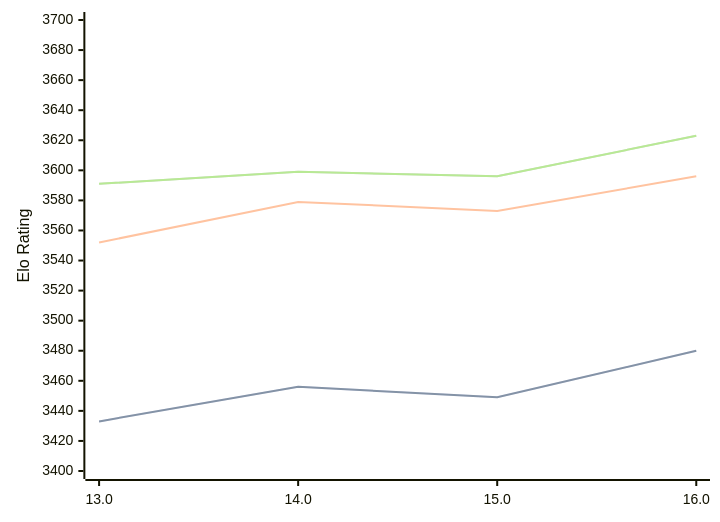
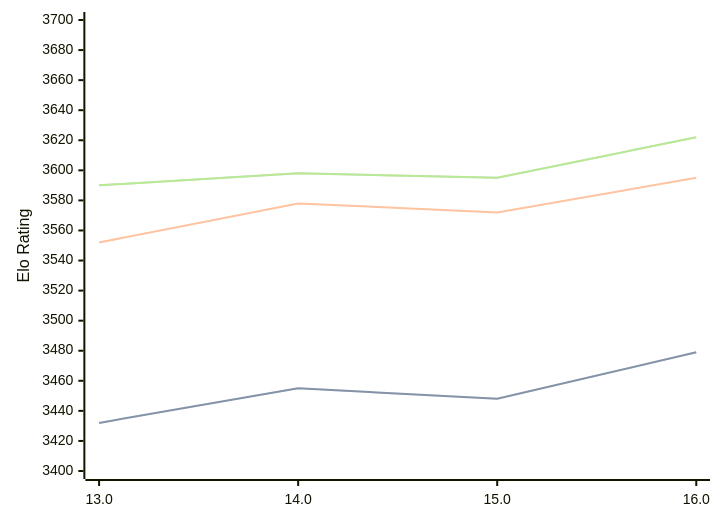
The diagram in engines/Obsidian.md (computer-chess-index/cci), drawn with Mermaid before and after one commit. The commit also changed other lines of this file, not shown here.

Commit message:
Update CCI Ratings (ELO VLTC) - 2026-03-08

````diff
--- a/engines/Obsidian.md
+++ b/engines/Obsidian.md
@@ -41,11 +41,11 @@
 ```mermaid
 %%{init: {"theme":"base","themeVariables":{"seriesColors:['#a3a3a3','#222221','#faa371']}}}%%
 xychart-beta
   x-axis ["13.0", "14.0", "15.0", "16.0"]
   y-axis "Elo Rating" 3400 --> 3700
-  line "STC (8.0+0.08s)" [3433, 3456, 3449, 3480]
-  line "STC (8.0+0.08s)" [3433, 3456, 3449, 3480]
-  line "LTC (60.0+0.60s)" [3552, 3579, 3573, 3596]
-  line "VLTC (2m24s+1.12s)" [3591, 3599, 3596, 3623]
-  line "VLTC (2m24s+1.12s)" [3591, 3599, 3596, 3623]
+  line "STC (8.0+0.08s)" [3432, 3455, 3448, 3479]
+  line "STC (8.0+0.08s)" [3432, 3455, 3448, 3479]
+  line "LTC (60.0+0.60s)" [3552, 3578, 3572, 3595]
+  line "VLTC (2m24s+1.12s)" [3590, 3598, 3595, 3622]
+  line "VLTC (2m24s+1.12s)" [3590, 3598, 3595, 3622]
 ```
````
